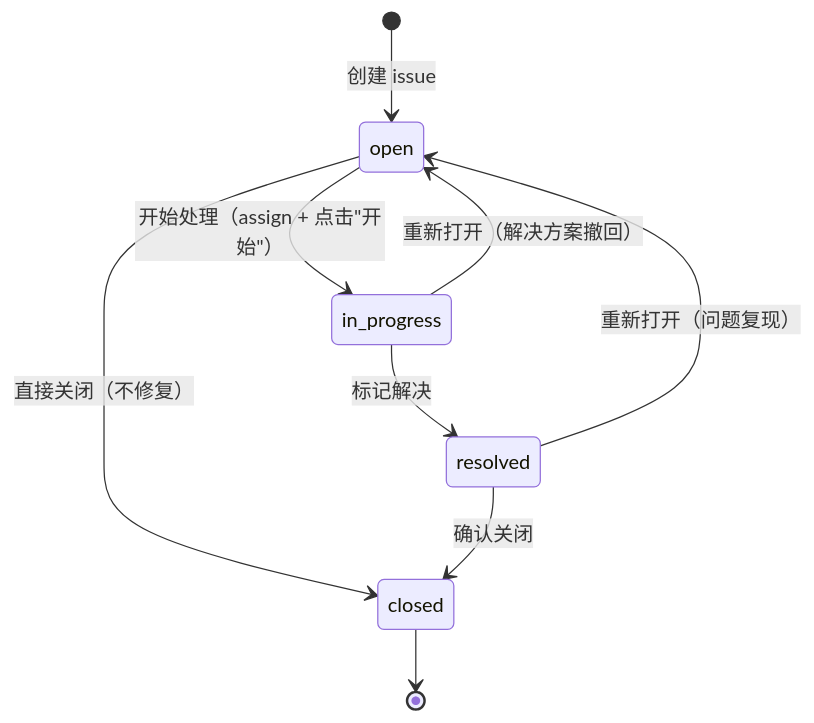
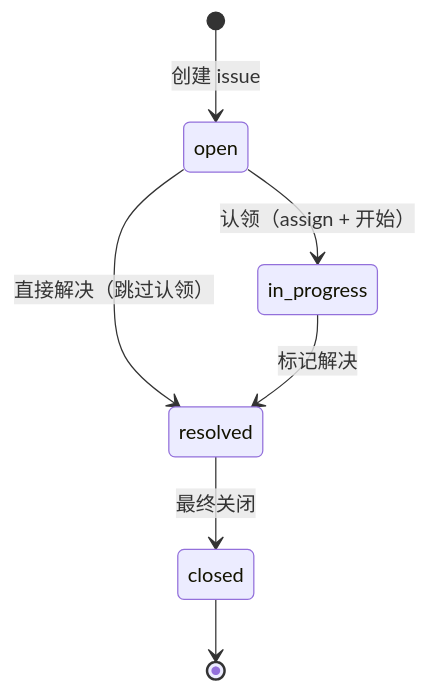
One commit to CY1005/prism-0420 changed the third of 3 diagrams in design/02-modules/M07-issue/00-design.md. Above: the diagram before and after it, drawn with Mermaid. The commit also changed other lines of this file and 11 other files, not shown here.

````diff
--- a/design/02-modules/M07-issue/00-design.md
+++ b/design/02-modules/M07-issue/00-design.md
@@ -194,11 +185,9 @@
 ```mermaid
 stateDiagram-v2
     [*] --> open : 创建 issue
-    open --> in_progress : 开始处理（assign + 点击"开始"）
-    open --> closed : 直接关闭（不修复）
+    open --> in_progress : 认领（assign + 开始）
+    open --> resolved : 直接解决（跳过认领）
     in_progress --> resolved : 标记解决
-    in_progress --> open : 重新打开（解决方案撤回）
-    resolved --> closed : 确认关闭
-    resolved --> open : 重新打开（问题复现）
+    resolved --> closed : 最终关闭
     closed --> [*]
 ```
````
